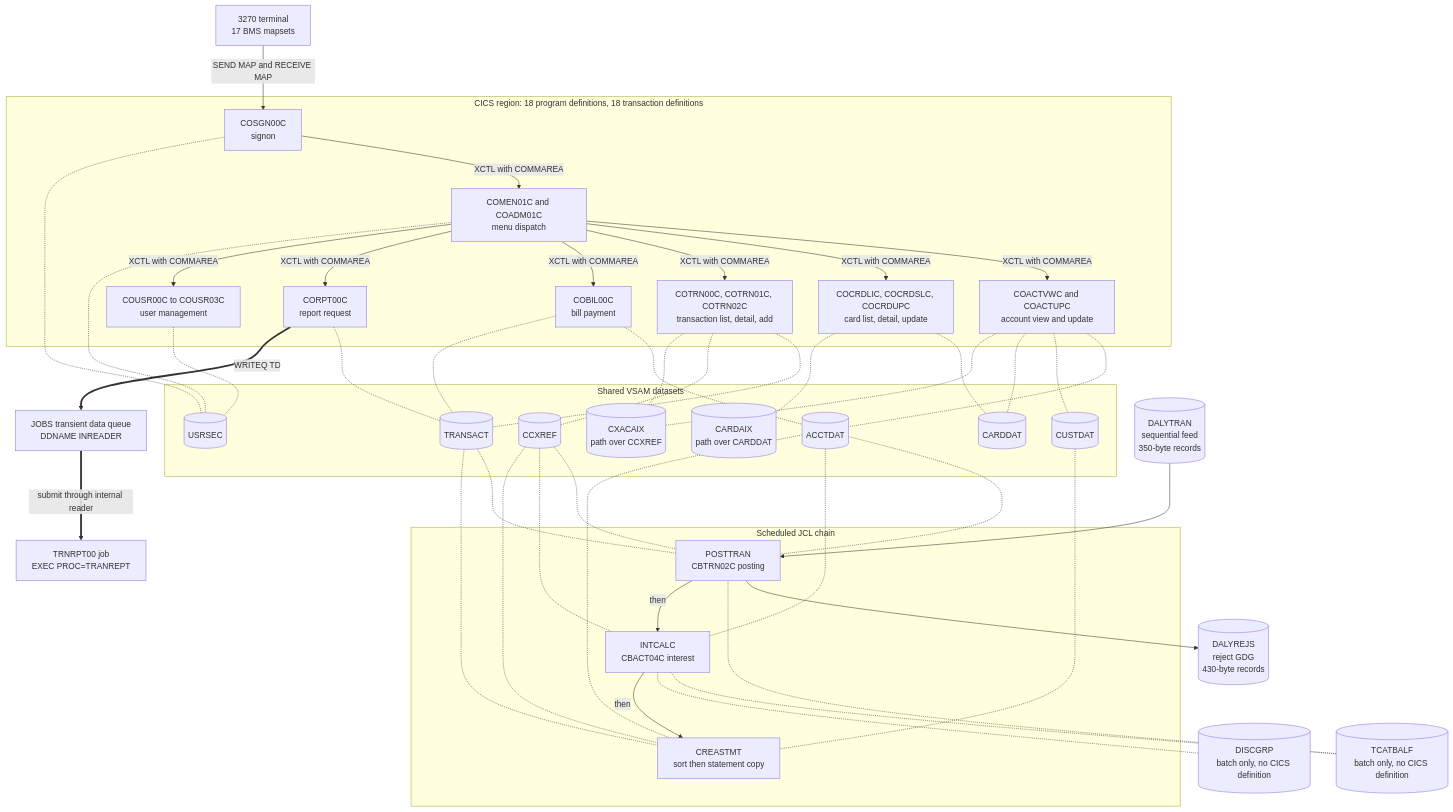
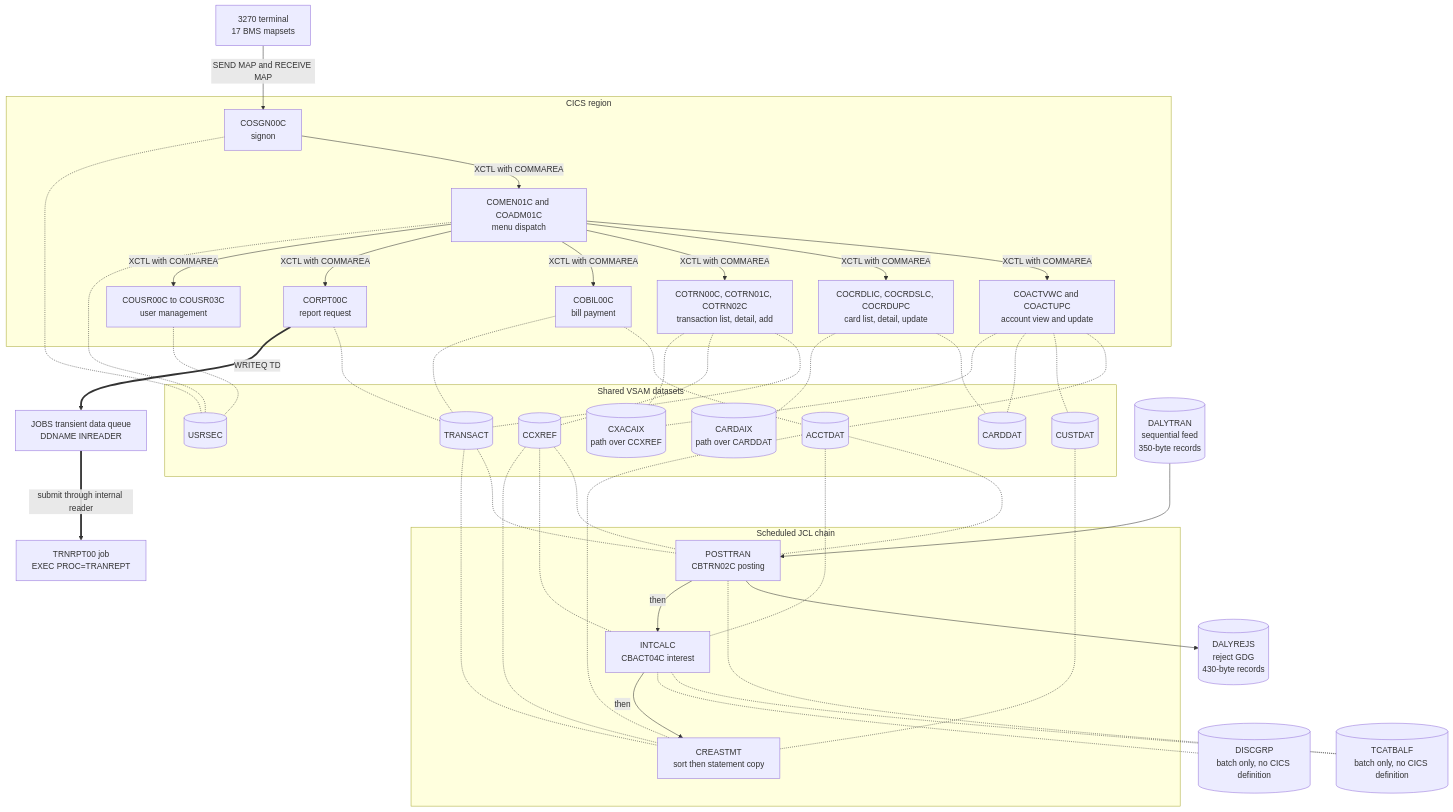
One commit to blitzy-public-samples/aws-carddemo-blitzy changed the first of 2 diagrams in card-platform/docs/architecture-before-after.md. Above: the diagram before and after it, drawn with Mermaid. The commit also changed other lines of this file and 126 other files, not shown here.

```diff
--- a/card-platform/docs/architecture-before-after.md
+++ b/card-platform/docs/architecture-before-after.md
@@ -12,7 +12,7 @@
 graph TB
     TERM["3270 terminal<br/>17 BMS mapsets"]
 
-    subgraph CICS["CICS region: 18 program definitions, 18 transaction definitions"]
+    subgraph CICS["CICS region"]
         SGN["COSGN00C<br/>signon"]
         MENU["COMEN01C and COADM01C<br/>menu dispatch"]
         ACT["COACTVWC and COACTUPC<br/>account view and update"]
```
